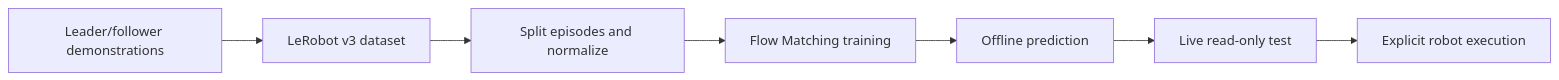
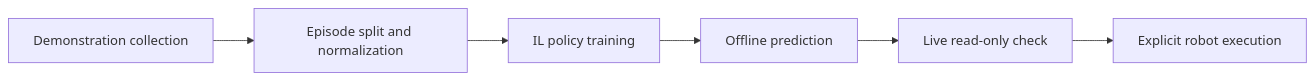
Before and after one commit to CorradoZhang/Advanced-Learning-Based-Robotic-Arm-Control: the diagram in README.md, drawn with Mermaid. The commit also changed other lines of this file and 26 other files, not shown here.

First line of the commit message:
Organize Flow Matching under the IL namespace

````diff
--- a/README.md
+++ b/README.md
@@ -32,9 +28,8 @@
 ```mermaid
 flowchart LR
-    A[Leader/follower demonstrations] --> B[LeRobot v3 dataset]
-    B --> C[Split episodes and normalize]
-    C --> D[Flow Matching training]
-    D --> E[Offline prediction]
-    E --> F[Live read-only test]
-    F --> G[Explicit robot execution]
+    A[Demonstration collection] --> B[Episode split and normalization]
+    B --> C[IL policy training]
+    C --> D[Offline prediction]
+    D --> E[Live read-only check]
+    E --> F[Explicit robot execution]
 ```
````
